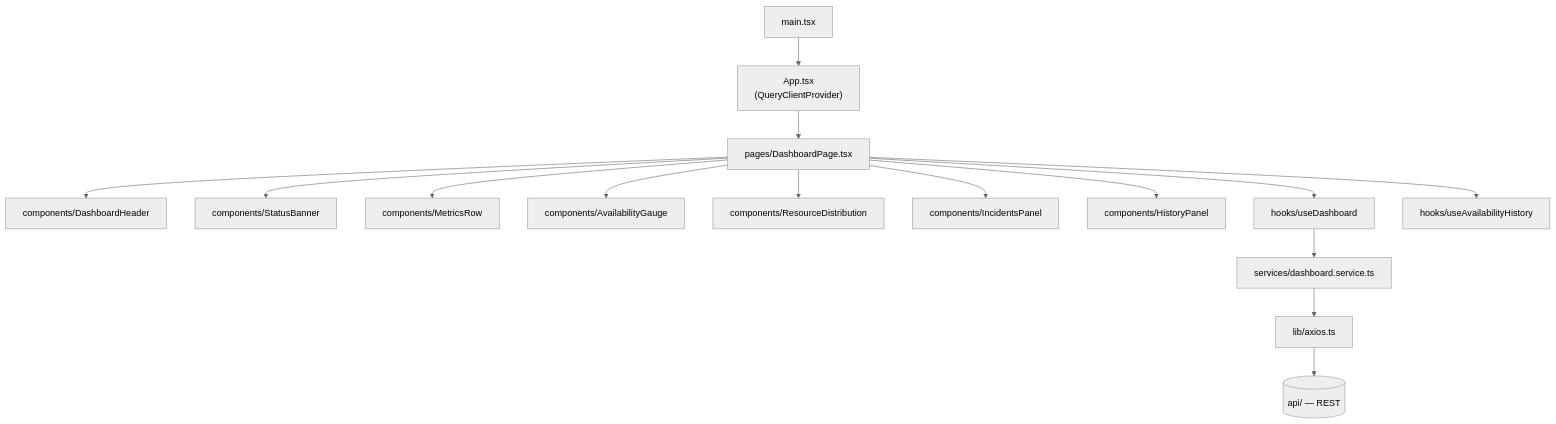
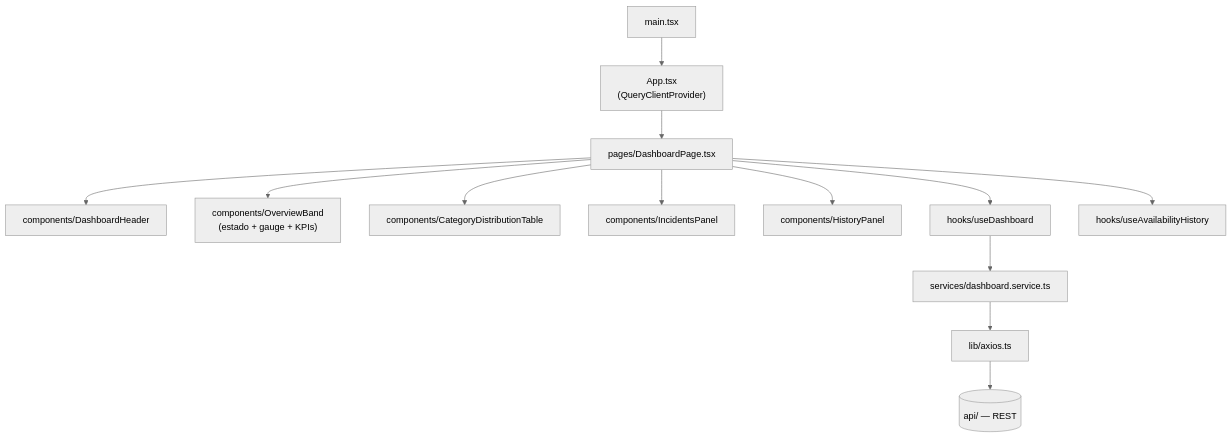
The diagram in README.md (alanerochaa/buni-hub-dashboard), drawn with Mermaid (neutral theme) before and after one commit. The commit also changed other lines of this file and 17 other files, not shown here.

````diff
--- a/README.md
+++ b/README.md
@@ -63,17 +62,15 @@
 ```mermaid
 flowchart TB
     Main["main.tsx"] --> App["App.tsx<br/>(QueryClientProvider)"]
     App --> Page["pages/DashboardPage.tsx"]
     Page --> Header["components/DashboardHeader"]
-    Page --> Banner["components/StatusBanner"]
-    Page --> Metrics["components/MetricsRow"]
-    Page --> Gauge["components/AvailabilityGauge"]
-    Page --> Dist["components/ResourceDistribution"]
+    Page --> Overview["components/OverviewBand<br/>(estado + gauge + KPIs)"]
+    Page --> Dist["components/CategoryDistributionTable"]
     Page --> Incidents["components/IncidentsPanel"]
     Page --> History["components/HistoryPanel"]
     Page --> Hook["hooks/useDashboard"]
     Page --> HistHook["hooks/useAvailabilityHistory"]
     Hook --> Svc["services/dashboard.service.ts"]
     Svc --> Axios["lib/axios.ts"]
     Axios --> API[("api/ — REST")]
 ```
````
